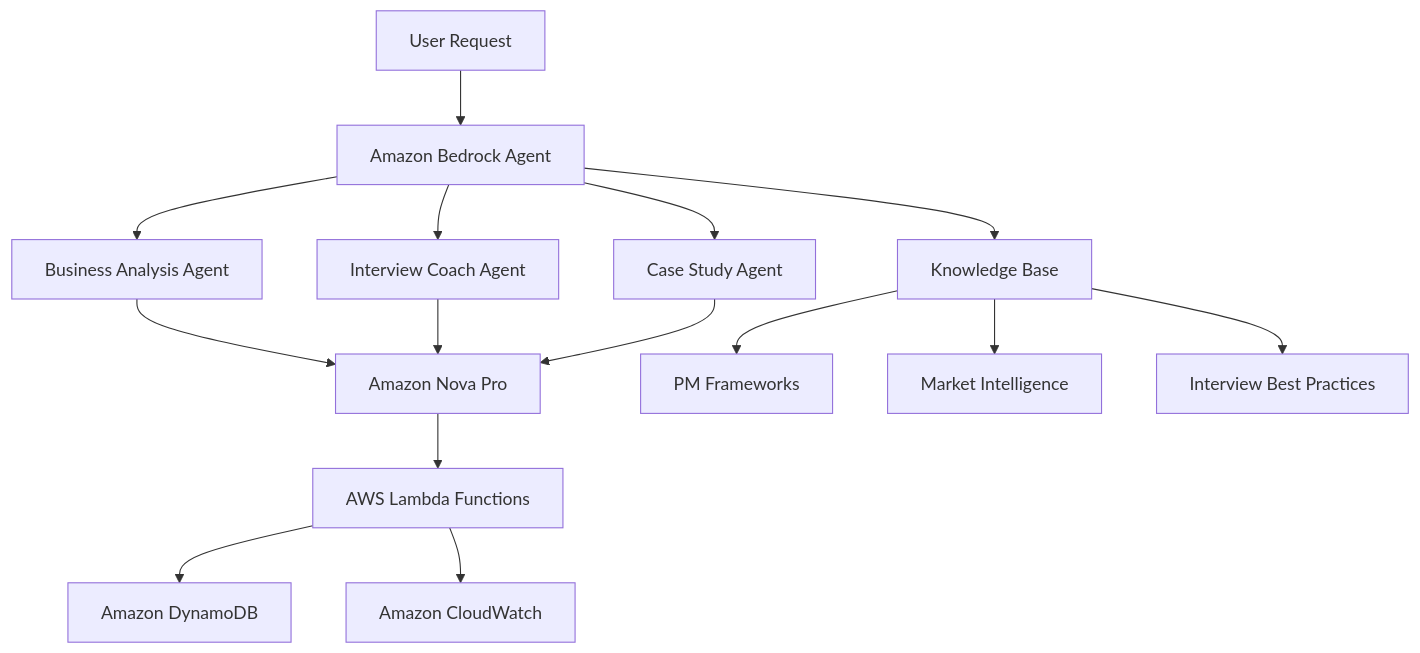
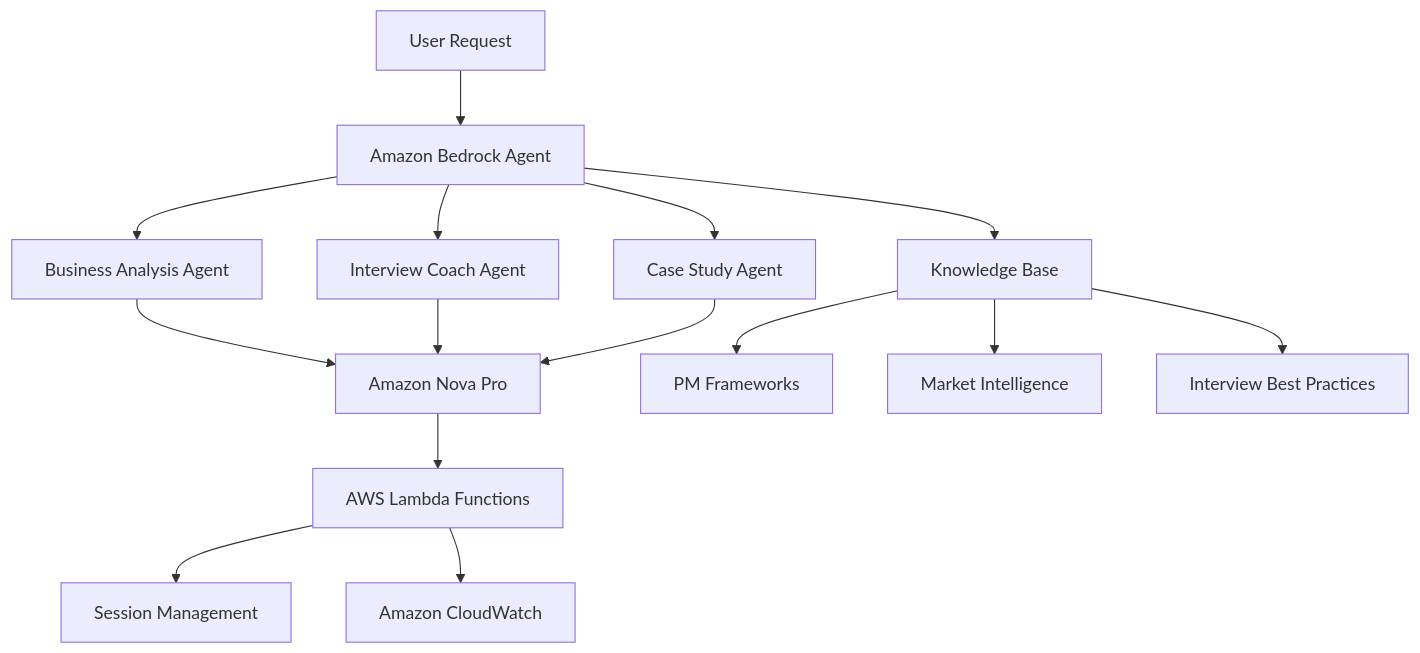
The first of 3 diagrams in README.md (ilkan/vibe-pm-agent), drawn with Mermaid before and after one commit. The commit also changed other lines of this file and 1 other file, not shown here.

First line of the commit message:
Fix DynamoDB references to reflect actual implementation

````diff
--- a/README.md
+++ b/README.md
@@ -36,17 +36,17 @@
 ```mermaid
 graph TB
     A[User Request] --> B[Amazon Bedrock Agent]
     B --> C[Business Analysis Agent]
     B --> D[Interview Coach Agent]
     B --> E[Case Study Agent]
     C --> F[Amazon Nova Pro]
     D --> F
     E --> F
     F --> G[AWS Lambda Functions]
-    G --> H[Amazon DynamoDB]
+    G --> H[Session Management]
     G --> I[Amazon CloudWatch]
     B --> J[Knowledge Base]
     J --> K[PM Frameworks]
     J --> L[Market Intelligence]
     J --> M[Interview Best Practices]
 ```
````
